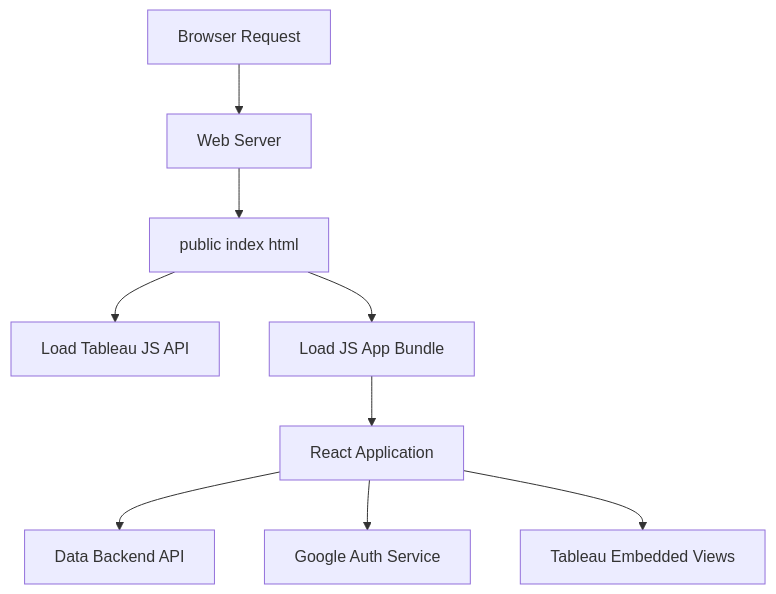
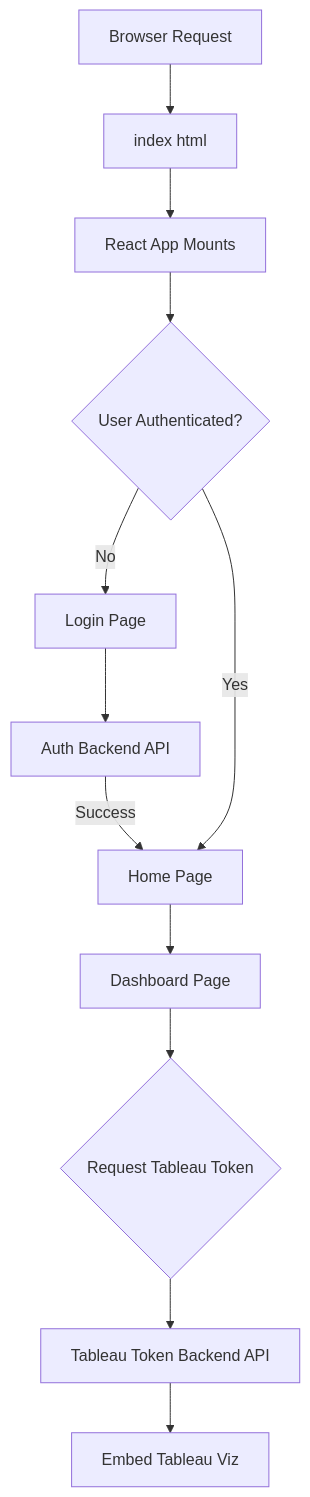
One commit to test-company-prowiz/tableau-frontend changed the diagram in docs/REPOSITORY_OVERVIEW.md. Above: the diagram before and after it, drawn with Mermaid. The commit also changed other lines of this file, not shown here.

````diff
--- a/docs/REPOSITORY_OVERVIEW.md
+++ b/docs/REPOSITORY_OVERVIEW.md
@@ -54,11 +66,14 @@
 ```mermaid
 graph TD
-A[Browser Request] --> B[Web Server]
-B --> C[public index html]
-C --> D[Load Tableau JS API]
-C --> E[Load JS App Bundle]
-E --> F[React Application]
-F --> G[Data Backend API]
-F --> H[Google Auth Service]
-F --> I[Tableau Embedded Views]
+A[Browser Request] --> B[index html]
+B --> C[React App Mounts]
+C --> D{User Authenticated?}
+D -- No --> E[Login Page]
+E --> F[Auth Backend API]
+F -- Success --> G[Home Page]
+D -- Yes --> G
+G --> H[Dashboard Page]
+H --> I{Request Tableau Token}
+I --> J[Tableau Token Backend API]
+J --> K[Embed Tableau Viz]
 ```
````
